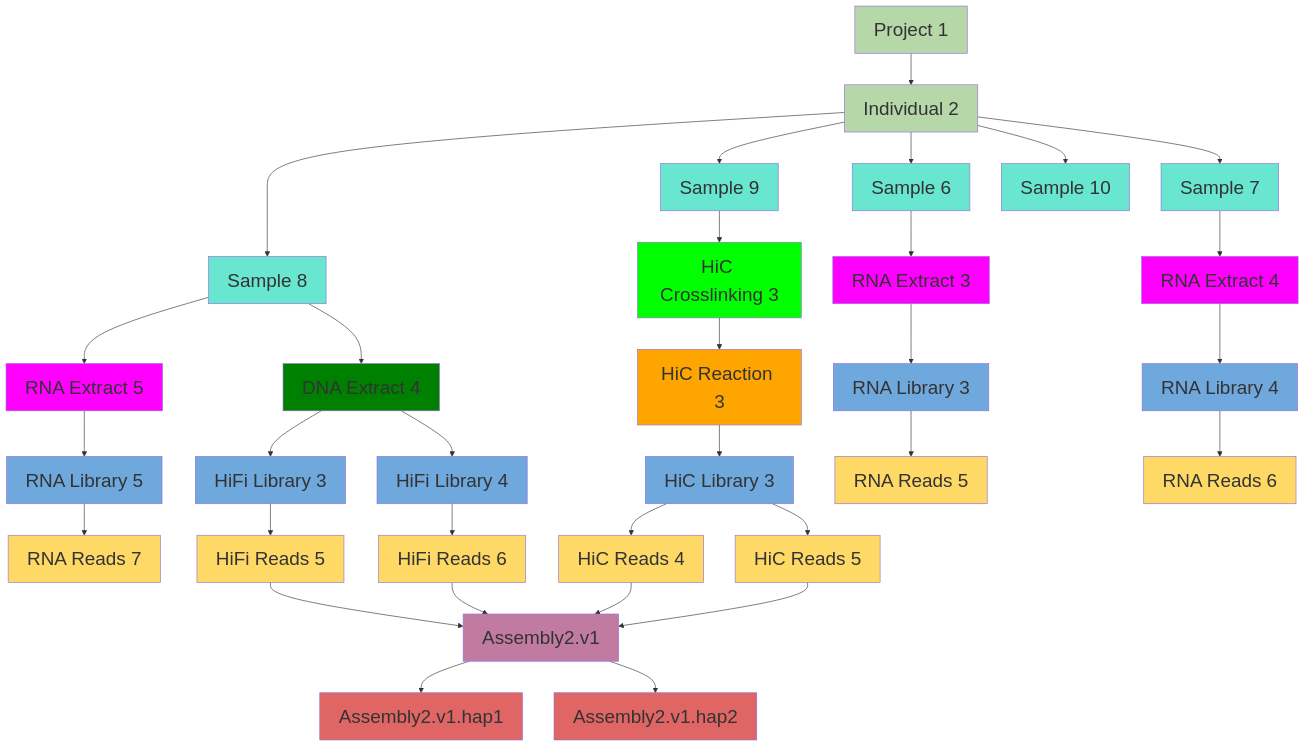
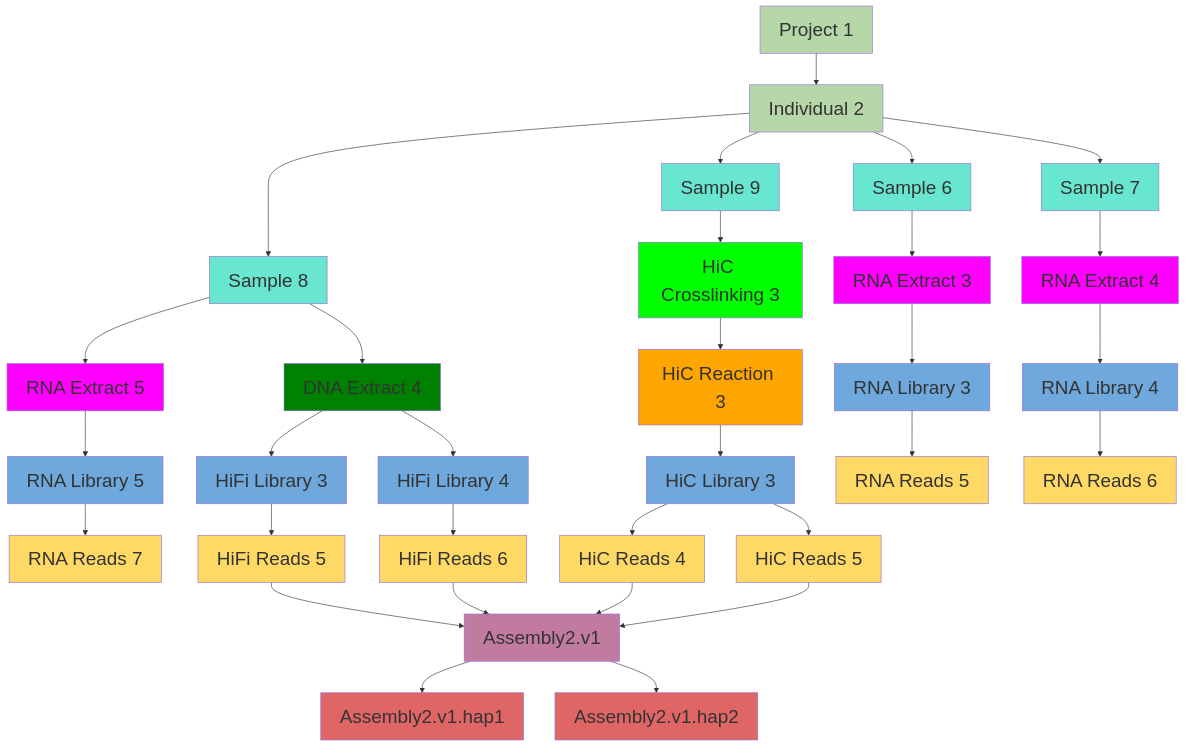
Before and after one commit to mahajrod/YggdrasilProtocols: the second of 2 diagrams in ID/IDscheme.md, drawn with Mermaid. The commit also changed other lines of this file, not shown here.

````diff
--- a/ID/IDscheme.md
+++ b/ID/IDscheme.md
@@ -102,54 +102,54 @@
 ```mermaid
 flowchart TD
     Project[Project 1]:::Project --> Individual2[Individual 2]:::Individual
     Individual2 --> Sample6[Sample 6]:::Sample
     Individual2 --> Sample7[Sample 7]:::Sample
     Individual2 --> Sample8[Sample 8]:::Sample
     Individual2 --> Sample9[Sample 9]:::Sample
-    Individual2 --> Sample10[Sample 10]:::Sample
+
     
     Sample6 --> RNAExtract3["RNA Extract 3"]:::RNAExtract
     Sample7 --> RNAExtract4["RNA Extract 4"]:::RNAExtract
     Sample8 --> RNAExtract5["RNA Extract 5"]:::RNAExtract
     Sample8 --> DNAExtract4[DNA Extract 4]:::DNAExtract
     Sample9 --> HiCCrosslinking3["HiC Crosslinking 3"]:::HiCCrosslinking
     
     RNAExtract3 --> RNALibrary3[RNA Library 3]:::Library
     RNAExtract4 --> RNALibrary4[RNA Library 4]:::Library
     RNAExtract5 --> RNALibrary5[RNA Library 5]:::Library
     
     HiCCrosslinking3 --> HiCReaction3[HiC Reaction 3]:::HiCReaction
     HiCReaction3 --> HiCLibrary3[HiC Library 3]:::Library
     DNAExtract4 --> HiFiLibrary3[HiFi Library 3]:::Library
     DNAExtract4 --> HiFiLibrary4[HiFi Library 4]:::Library
     
     RNALibrary3[RNA Library 3] --> RNAReads3[RNA Reads 5]:::Reads
     RNALibrary4[RNA Library 4] --> RNAReads4[RNA Reads 6]:::Reads
     RNALibrary5[RNA Library 5] --> RNAReads5[RNA Reads 7]:::Reads
     HiFiLibrary3[HiFi Library 3] --> HiFIReads5[HiFi Reads 5]:::Reads
     HiFiLibrary4[HiFi Library 4] --> HiFIReads6[HiFi Reads 6]:::Reads
     HiCLibrary3[HiC Library 3] --> HiСReads4[HiС Reads 4]:::Reads
     HiCLibrary3[HiC Library 3] --> HiСReads5[HiС Reads 5]:::Reads
     
     HiFIReads5 --> GenomeAssembly2.v1[Assembly2.v1]:::Assembly
     HiFIReads6 --> GenomeAssembly2.v1[Assembly2.v1]:::Assembly
     HiСReads4 --> GenomeAssembly2.v1[Assembly2.v1]:::Assembly
     HiСReads5 --> GenomeAssembly2.v1[Assembly2.v1]:::Assembly
     
     GenomeAssembly2.v1 --> GenomeAssembly2.v1.hap1[Assembly2.v1.hap1]:::Haplotype
     GenomeAssembly2.v1 --> GenomeAssembly2.v1.hap2[Assembly2.v1.hap2]:::Haplotype
     
     classDef Project fill:#b6d7a8,font-color:black,font-size:30
     classDef Individual fill:#b6d7a8,font-color:black,font-size:30
     classDef Sample fill:#68E6CF,font-color:black,font-size:30
     classDef DNAExtract fill:green,font-color:black,font-size:30
     classDef HiCCrosslinking fill:lime,font-color:black,font-size:30
     classDef HiCReaction fill:orange,font-color:black,font-size:30
     classDef RNAExtract fill:magenta,font-color:black,font-size:30
     classDef Library fill:#6fa8dc,font-color:black,font-size:30
     classDef Reads fill:#ffd966,font-color:black,font-size:30
     classDef Assembly fill:#c27ba0,font-color:black,font-size:30
     classDef Haplotype fill:#e06666,font-color:black,font-size:30
 
 
 ```
````
